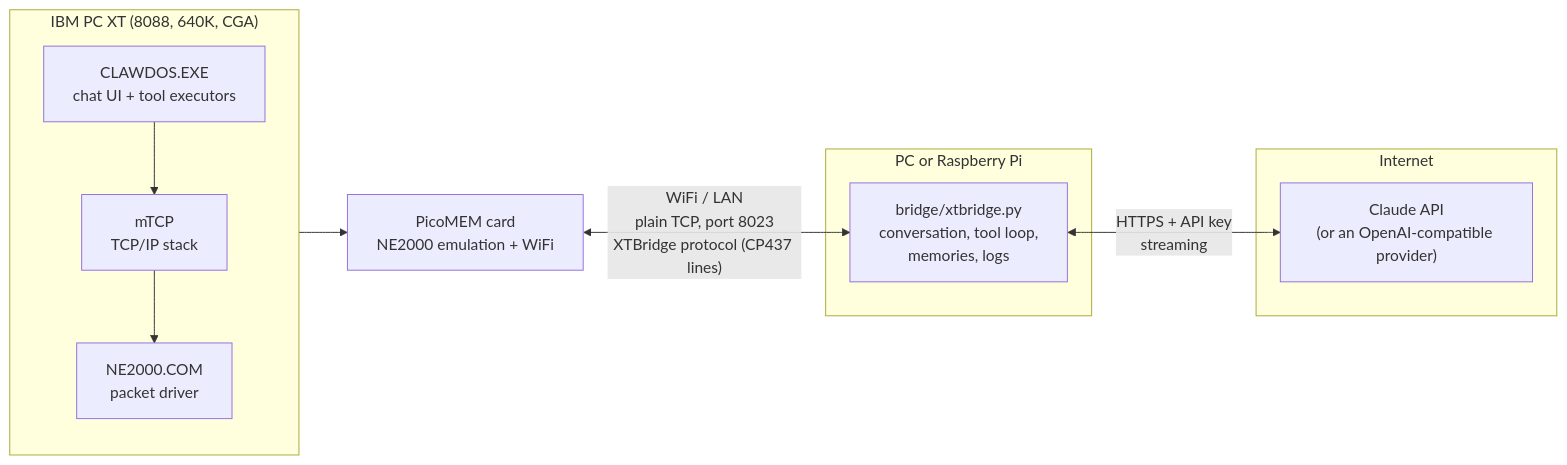
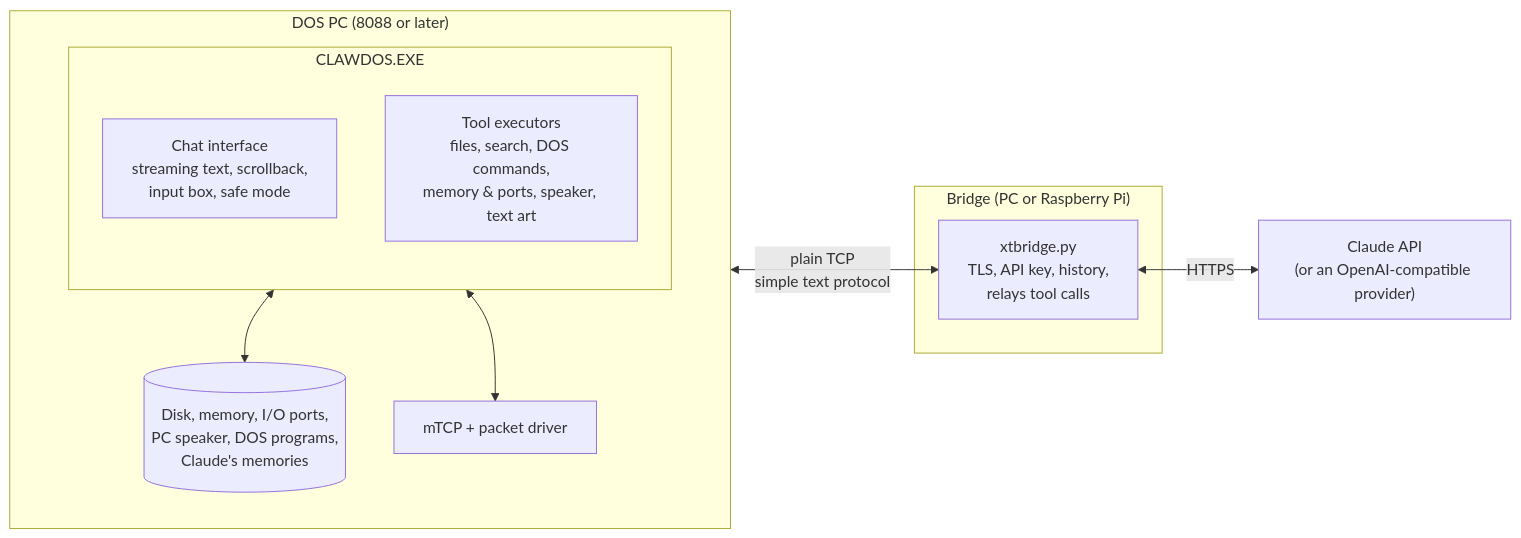
The diagram in README.md (Ricapar/ClawDOS), drawn with Mermaid before and after one commit. The commit also changed other lines of this file, not shown here.

Commit message:
README: How it works tells the DOS-side story, one architecture diagram

````diff
--- a/README.md
+++ b/README.md
@@ -70,24 +84,24 @@
 ```mermaid
 flowchart LR
-    subgraph XT["IBM PC XT (8088, 640K, CGA)"]
+    subgraph DOS["DOS PC (8088 or later)"]
         direction TB
-        APP["CLAWDOS.EXE<br/>chat UI + tool executors"]
-        MTCP["mTCP<br/>TCP/IP stack"]
-        PKT["NE2000.COM<br/>packet driver"]
-        APP --> MTCP --> PKT
+        subgraph APP["CLAWDOS.EXE"]
+            direction TB
+            UI["Chat interface<br/>streaming text, scrollback,<br/>input box, safe mode"]
+            TOOLS["Tool executors<br/>files, search, DOS commands,<br/>memory &amp; ports, speaker, text art"]
+        end
+        SYS[("Disk, memory, I/O ports,<br/>PC speaker, DOS programs,<br/>Claude's memories")]
+        NET["mTCP + packet driver"]
+        TOOLS <--> SYS
+        APP <--> NET
     end
 
-    PICO["PicoMEM card<br/>NE2000 emulation + WiFi"]
-    PKT --> PICO
-
-    subgraph HOST["PC or Raspberry Pi"]
-        BRIDGE["bridge/xtbridge.py<br/>conversation, tool loop,<br/>memories, logs"]
+    subgraph SHIM["Bridge (PC or Raspberry Pi)"]
+        BRIDGE["xtbridge.py<br/>TLS, API key, history,<br/>relays tool calls"]
     end
 
-    subgraph CLOUD["Internet"]
-        API["Claude API<br/>(or an OpenAI-compatible provider)"]
-    end
+    API["Claude API<br/>(or an OpenAI-compatible provider)"]
 
-    PICO <-->|"WiFi / LAN<br/>plain TCP, port 8023<br/>XTBridge protocol (CP437 lines)"| BRIDGE
-    BRIDGE <-->|"HTTPS + API key<br/>streaming"| API
+    NET <-->|"plain TCP<br/>simple text protocol"| BRIDGE
+    BRIDGE <-->|"HTTPS"| API
 ```
````
